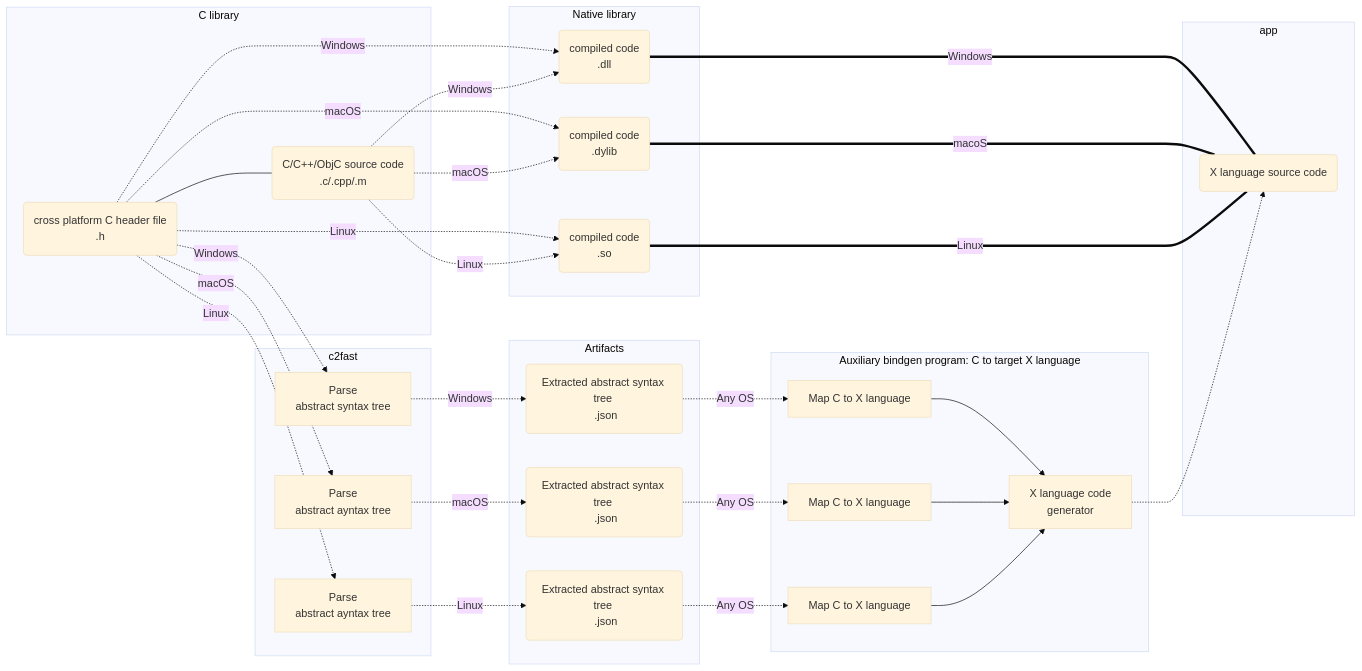
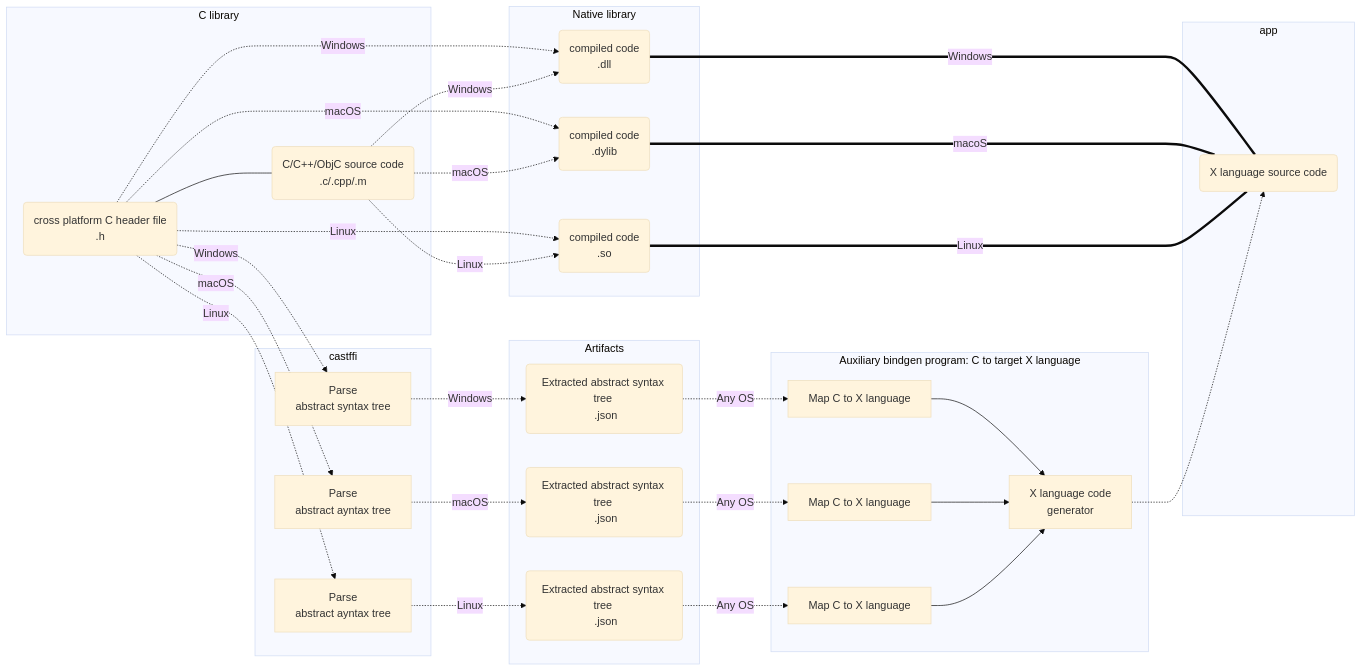
One commit to bottlenoselabs/CAstFfi changed the diagram in README.md. Above: the diagram before and after it, drawn with Mermaid (base theme). The commit also changed other lines of this file and 261 other files, not shown here.

````diff
--- a/README.md
+++ b/README.md
@@ -25,78 +25,78 @@
 ```mermaid
 graph LR
 
     subgraph C library
 
     C_HEADER(cross platform C header file <br> .h)
     C_SOURCE(C/C++/ObjC source code <br> .c/.cpp/.m)
 
     C_HEADER --- C_SOURCE
 
     end
 
-    subgraph c2fast
+    subgraph castffi
 
     PARSE_AST_WINDOWS[Parse <br> abstract syntax tree]
     PARSE_AST_MACOS[Parse <br> abstract ayntax tree]
     PARSE_AST_LINUX[Parse <br> abstract ayntax tree]
 
     C_HEADER -.-> |Windows| PARSE_AST_WINDOWS
     C_HEADER -.-> |macOS| PARSE_AST_MACOS
     C_HEADER -.-> |Linux| PARSE_AST_LINUX
 
     end
 
     subgraph Native library
 
     C_COMPILED_WINDOWS(compiled code <br> .dll)
     C_COMPILED_MACOS(compiled code <br> .dylib)
     C_COMPILED_LINUX(compiled code <br> .so)
 
     end
 
     subgraph Artifacts
     
     C_HEADER -.-> |Windows| C_COMPILED_WINDOWS
     C_SOURCE -.-> |Windows| C_COMPILED_WINDOWS
 
     C_HEADER -.-> |macOS| C_COMPILED_MACOS
     C_SOURCE -.-> |macOS| C_COMPILED_MACOS
 
     C_HEADER -.-> |Linux| C_COMPILED_LINUX
     C_SOURCE -.-> |Linux| C_COMPILED_LINUX
 
     JSON_AST_WINDOWS(Extracted abstract syntax tree <br> .json)
     JSON_AST_MACOS(Extracted abstract syntax tree <br> .json)
     JSON_AST_LINUX(Extracted abstract syntax tree <br> .json)
 
     PARSE_AST_WINDOWS -.-> |Windows| JSON_AST_WINDOWS
     PARSE_AST_MACOS -.-> |macOS| JSON_AST_MACOS
     PARSE_AST_LINUX -.-> |Linux| JSON_AST_LINUX
 
     end
 
     subgraph Auxiliary bindgen program: C to target X language
 
     X_MAP_WINDOWS[Map C to X language]
     X_MAP_MACOS[Map C to X language]
     X_MAP_LINUX[Map C to X language]
 
     JSON_AST_WINDOWS -.-> |Any OS| X_MAP_WINDOWS
     JSON_AST_MACOS -.-> |Any OS| X_MAP_MACOS
     JSON_AST_LINUX -.-> |Any OS| X_MAP_LINUX
 
     X_MAP_WINDOWS --> X_CODE_GENERATOR[X language code <br> generator]
     X_MAP_MACOS --> X_CODE_GENERATOR
     X_MAP_LINUX --> X_CODE_GENERATOR
 
     end
 
     subgraph app
 
     C_COMPILED_WINDOWS === |Windows| X_SOURCE
     C_COMPILED_MACOS === |macoS| X_SOURCE
     C_COMPILED_LINUX === |Linux| X_SOURCE
     X_CODE_GENERATOR -.-> X_SOURCE(X language source code)
 
     end
 ```
````
